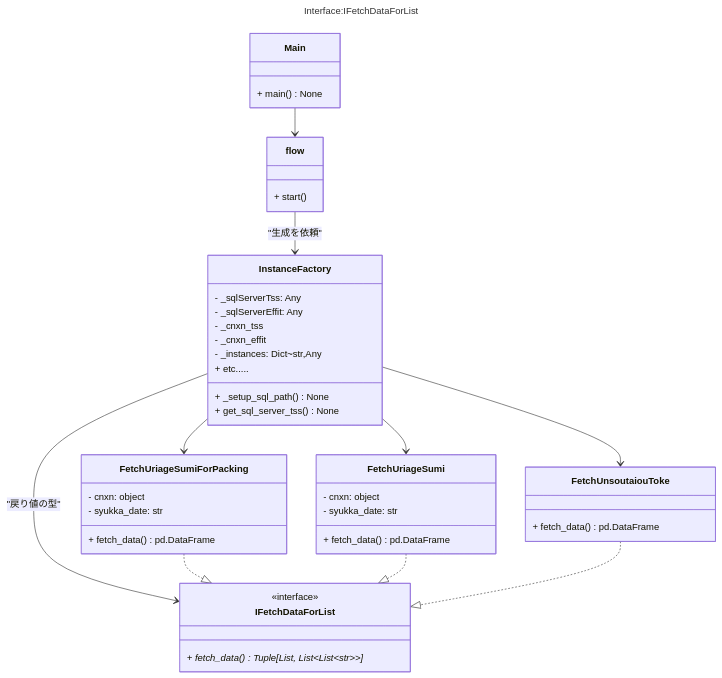
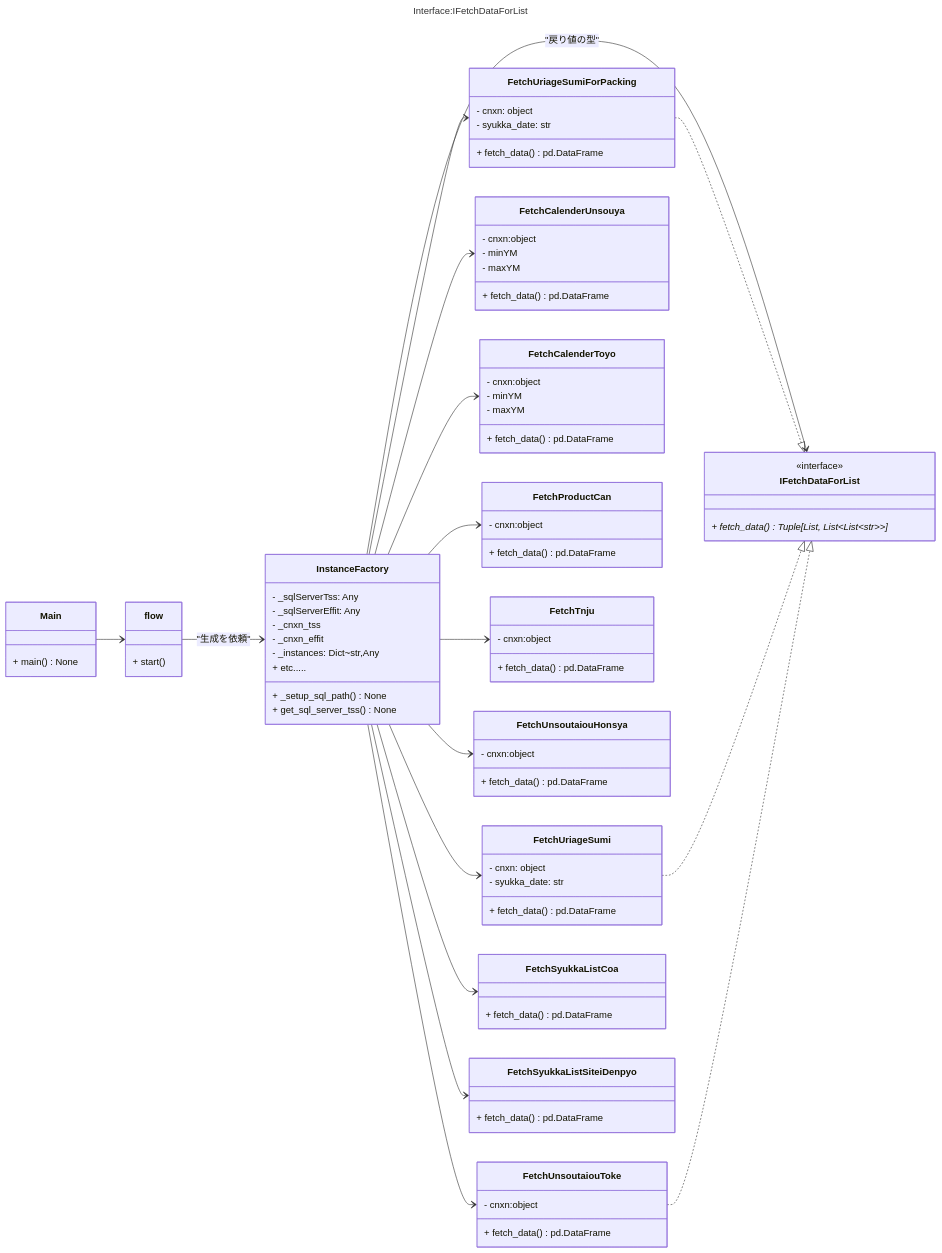
One commit to ogashira/tss_syukka changed the first of 2 diagrams in tss_syukka.md. Above: the diagram before and after it, drawn with Mermaid. The commit also changed other lines of this file and 5 other files, not shown here.

```diff
--- a/tss_syukka.md
+++ b/tss_syukka.md
@@ -22,7 +22,7 @@
 title: Interface:IFetchDataForList
 ---
 classDiagram
-direction TB 
+direction LR 
 
 class Main{
     + main()None
@@ -54,7 +54,38 @@
     - syukka_date: str
     + fetch_data()pd.DataFrame
 }
+class FetchCalenderUnsouya{
+    - cnxn:object
+    - minYM
+    - maxYM
+    + fetch_data()pd.DataFrame
+}
+class FetchCalenderToyo{
+    - cnxn:object
+    - minYM
+    - maxYM
+    + fetch_data()pd.DataFrame
+}
+class FetchProductCan{
+    - cnxn:object
+    + fetch_data()pd.DataFrame
+}
+class FetchTnju{
+    - cnxn:object
+    + fetch_data()pd.DataFrame
+}
+class FetchUnsoutaiouHonsya{
+    - cnxn:object
+    + fetch_data()pd.DataFrame
+}
 class FetchUnsoutaiouToke{
+    - cnxn:object
+    + fetch_data()pd.DataFrame
+}
+class FetchSyukkaListCoa{
+    + fetch_data()pd.DataFrame
+}
+class FetchSyukkaListSiteiDenpyo{
     + fetch_data()pd.DataFrame
 }
 Main --> flow
@@ -63,7 +94,14 @@
 InstanceFactory --> IFetchDataForList : "戻り値の型"
 InstanceFactory --> FetchUriageSumiForPacking
 InstanceFactory --> FetchUriageSumi
+InstanceFactory --> FetchCalenderUnsouya
+InstanceFactory --> FetchCalenderToyo
+InstanceFactory --> FetchProductCan
+InstanceFactory --> FetchTnju
+InstanceFactory --> FetchUnsoutaiouHonsya
 InstanceFactory --> FetchUnsoutaiouToke
+InstanceFactory --> FetchSyukkaListCoa
+InstanceFactory --> FetchSyukkaListSiteiDenpyo
 
 FetchUriageSumiForPacking ..|> IFetchDataForList
 FetchUriageSumi ..|> IFetchDataForList
```
